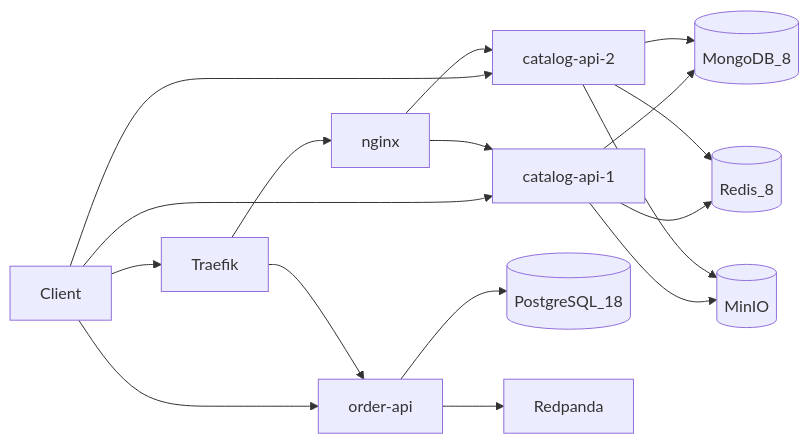
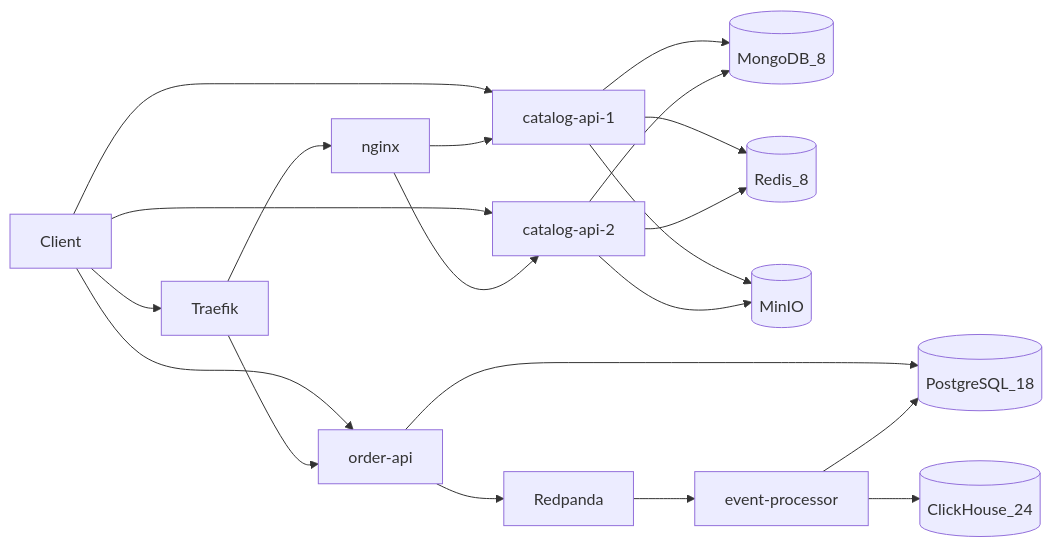
One commit to ianckc/streamshop-distributed-system changed the first of 2 diagrams in docs/docs/architecture/overview.mdx. Above: the diagram before and after it, drawn with Mermaid. The commit also changed other lines of this file and 36 other files, not shown here.

````diff
--- a/docs/docs/architecture/overview.mdx
+++ b/docs/docs/architecture/overview.mdx
@@ -11,19 +11,22 @@
 ```mermaid
 flowchart LR
   Client[Client] --> Traefik[Traefik]
   Client --> Catalog1[catalog-api-1]
   Client --> Catalog2[catalog-api-2]
   Client --> OrderAPI[order-api]
   Traefik --> Nginx[nginx]
   Traefik --> OrderAPI
   Nginx --> Catalog1
   Nginx --> Catalog2
   Catalog1 --> Mongo[(MongoDB_8)]
   Catalog2 --> Mongo
   Catalog1 --> Redis[(Redis_8)]
   Catalog2 --> Redis
   Catalog1 --> MinIO[(MinIO)]
   Catalog2 --> MinIO
   OrderAPI --> Postgres[(PostgreSQL_18)]
   OrderAPI --> Redpanda[Redpanda]
+  Redpanda --> Processor[event-processor]
+  Processor --> ClickHouse[(ClickHouse_24)]
+  Processor --> Postgres
 ```
````
